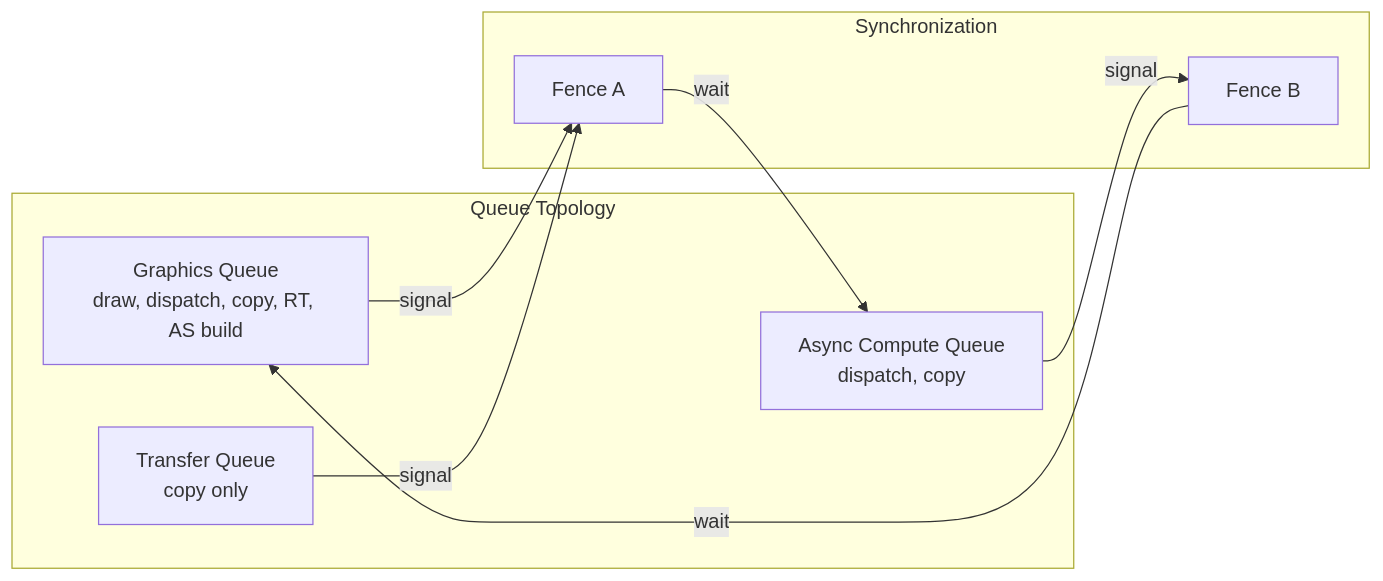
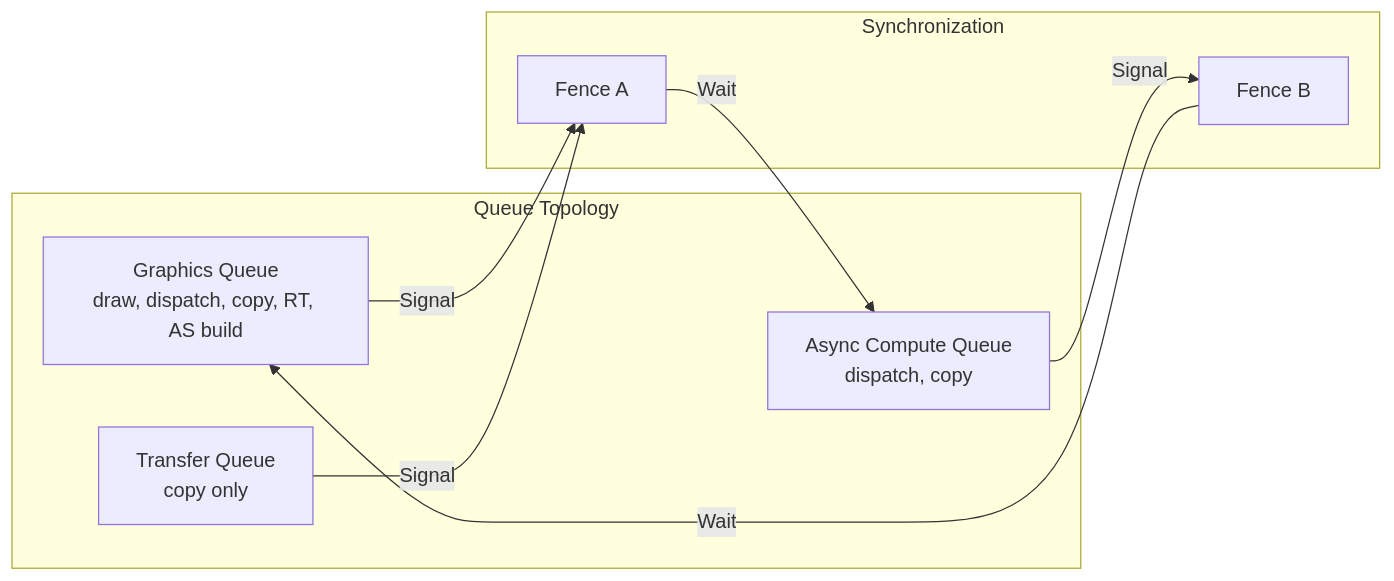
Before and after one commit to harmonius-dev/harmonius: the first of 3 diagrams in docs/design/gpu-backend-interface.md, drawn with Mermaid. The commit also changed other lines of this file and 67 other files, not shown here.

````diff
--- a/docs/design/gpu-backend-interface.md
+++ b/docs/design/gpu-backend-interface.md
@@ -407,19 +376,19 @@
 ```mermaid
 flowchart LR
     subgraph queues["Queue Topology"]
         GFX["Graphics Queue<br/>draw, dispatch, copy, RT, AS build"]
         AC["Async Compute Queue<br/>dispatch, copy"]
         TX["Transfer Queue<br/>copy only"]
     end
 
     subgraph sync["Synchronization"]
         F1["Fence A"]
         F2["Fence B"]
     end
 
-    GFX -->|"signal"| F1
-    F1 -->|"wait"| AC
-    AC -->|"signal"| F2
-    F2 -->|"wait"| GFX
-    TX -->|"signal"| F1
+    GFX -->|"Signal"| F1
+    F1 -->|"Wait"| AC
+    AC -->|"Signal"| F2
+    F2 -->|"Wait"| GFX
+    TX -->|"Signal"| F1
 ```
````
